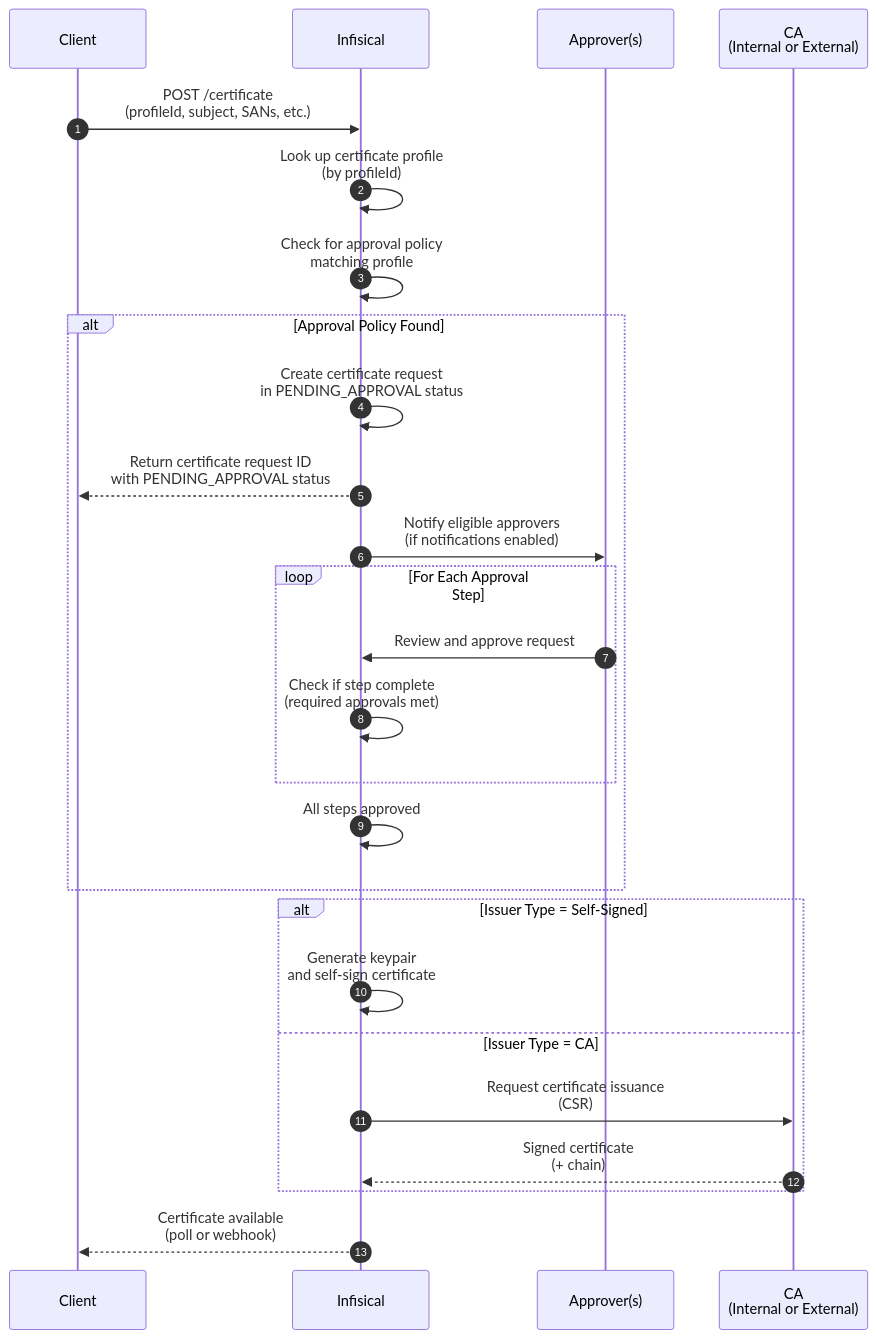
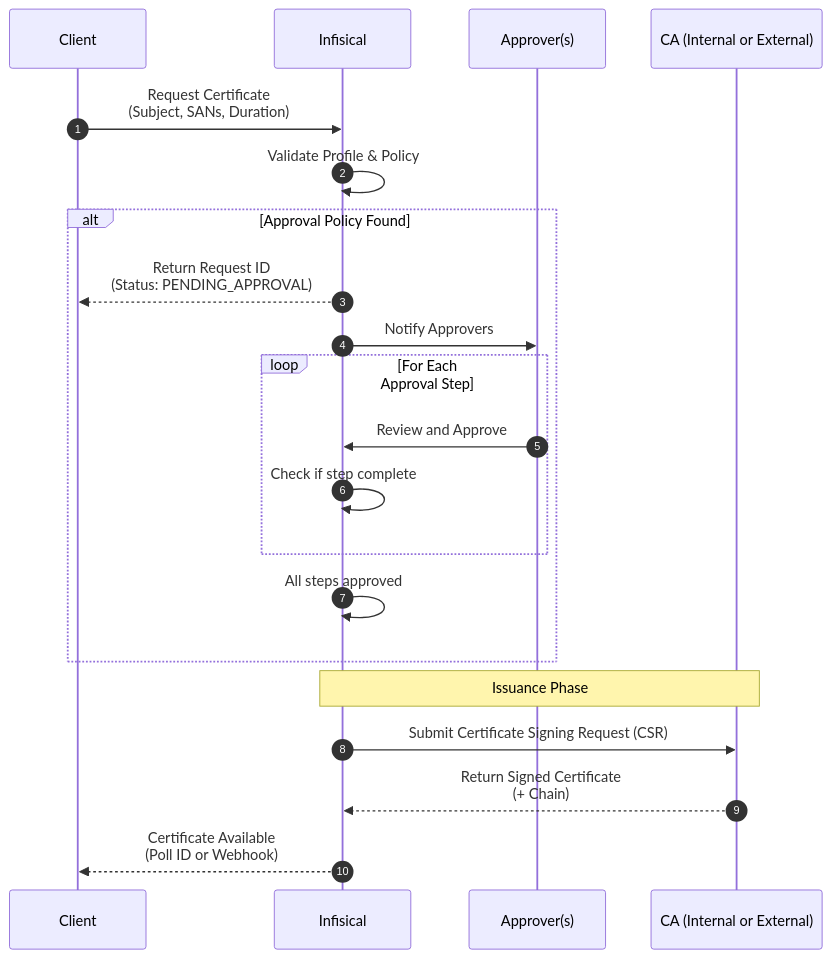
One commit to Infisical/infisical changed the diagram in docs/documentation/platform/pki/guides/certificate-approvals.mdx. Above: the diagram before and after it, drawn with Mermaid. The commit also changed 10 other files, not shown here.

````diff
--- a/docs/documentation/platform/pki/guides/certificate-approvals.mdx
+++ b/docs/documentation/platform/pki/guides/certificate-approvals.mdx
@@ -12,36 +12,32 @@
 ```mermaid
 sequenceDiagram
   autonumber
   participant Client as Client
   participant Infis as Infisical
   participant Approver as Approver(s)
-  participant CA as CA<br/>(Internal or External)
+  participant CA as CA (Internal or External)
 
-  Client->>Infis: POST /certificate<br/>(profileId, subject, SANs, etc.)
+  Client->>Infis: Request Certificate<br/>(Subject, SANs, Duration)
 
-  Infis->>Infis: Look up certificate profile<br/>(by profileId)
-  Infis->>Infis: Check for approval policy<br/>matching profile
+  Infis->>Infis: Validate Profile & Policy
 
   alt Approval Policy Found
-    Infis->>Infis: Create certificate request<br/>in PENDING_APPROVAL status
-    Infis-->>Client: Return certificate request ID<br/>with PENDING_APPROVAL status
+    Infis-->>Client: Return Request ID<br/>(Status: PENDING_APPROVAL)
 
-    Infis->>Approver: Notify eligible approvers<br/>(if notifications enabled)
+    Infis->>Approver: Notify Approvers
 
     loop For Each Approval Step
-      Approver->>Infis: Review and approve request
-      Infis->>Infis: Check if step complete<br/>(required approvals met)
+      Approver->>Infis: Review and Approve
+      Infis->>Infis: Check if step complete
     end
 
     Infis->>Infis: All steps approved
   end
 
-  alt Issuer Type = Self-Signed
-    Infis->>Infis: Generate keypair<br/>and self-sign certificate
-  else Issuer Type = CA
-    Infis->>CA: Request certificate issuance<br/>(CSR)
-    CA-->>Infis: Signed certificate<br/>(+ chain)
-  end
+  Note over Infis, CA: Issuance Phase
 
-  Infis-->>Client: Certificate available<br/>(poll or webhook)
+  Infis->>CA: Submit Certificate Signing Request (CSR)
+  CA-->>Infis: Return Signed Certificate<br/>(+ Chain)
+
+  Infis-->>Client: Certificate Available<br/>(Poll ID or Webhook)
 ```
````
